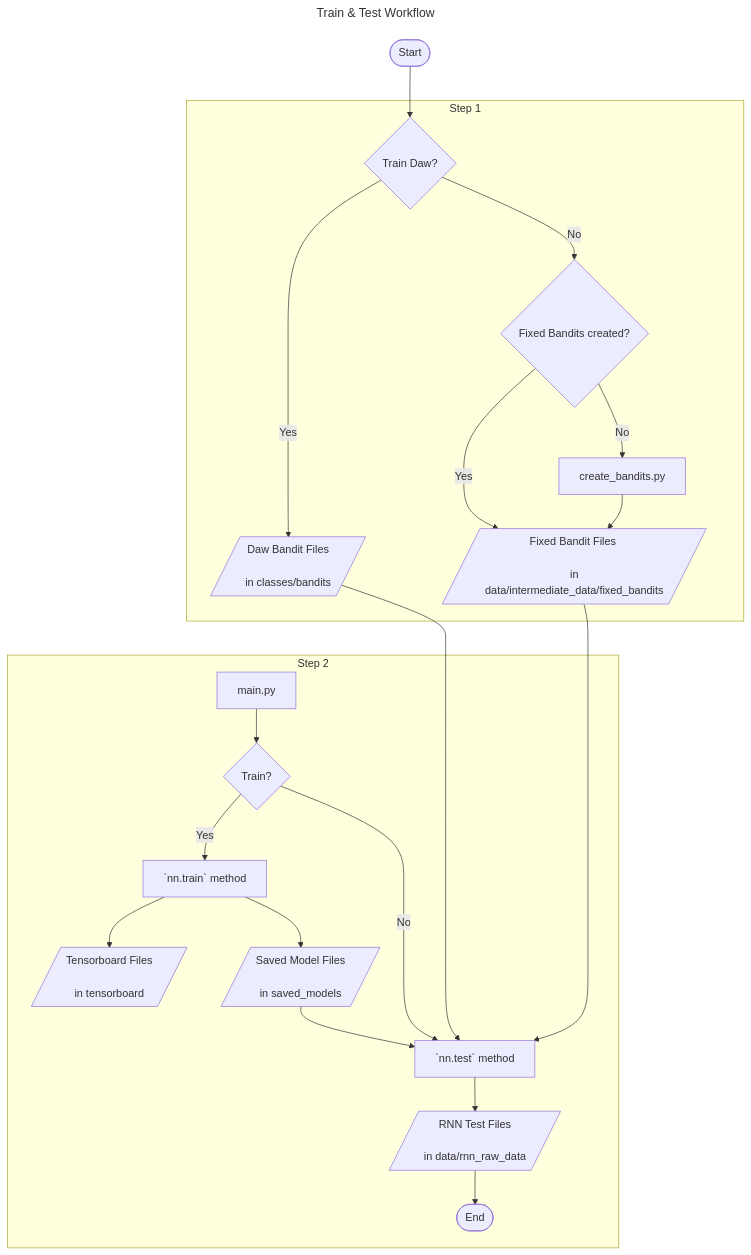
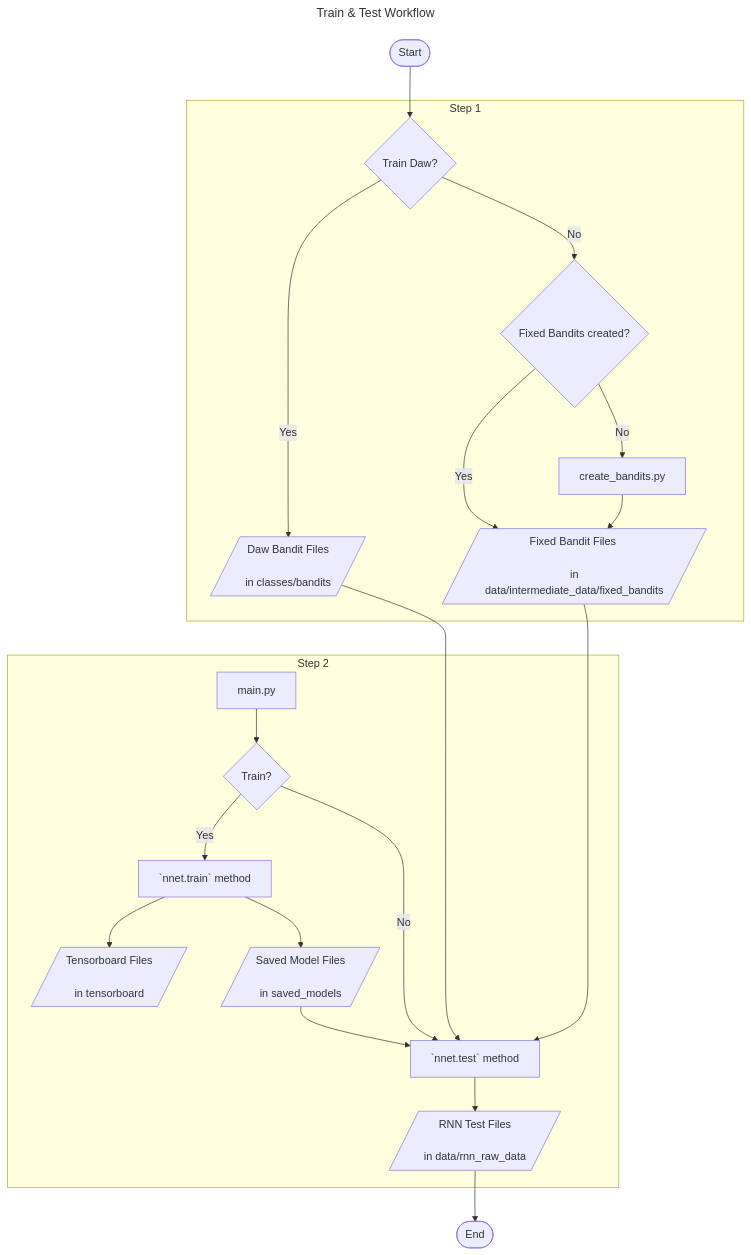
One commit to deniztu/p2_volatility changed the second of 3 diagrams in doc/how_to_guides.md. Above: the diagram before and after it, drawn with Mermaid. The commit also changed other lines of this file and 277 other files, not shown here.

````diff
--- a/doc/how_to_guides.md
+++ b/doc/how_to_guides.md
@@ -3,35 +16,35 @@
 ```mermaid
 ---
 title: Train & Test Workflow
 ---
 flowchart TB
 
 A([Start]) --> B
-
 
 subgraph "Step 1"
 B{Train Daw?} --> |Yes| C[/Daw Bandit Files <br/> <br/> in classes/bandits/]
 B --> |No| D{Fixed Bandits created?}
 D --> |Yes| E[/Fixed Bandit Files <br/> <br/> in data/intermediate_data/fixed_bandits/]
 D --> |No| F[create_bandits.py]
 F --> E
 end
 
 
 
 subgraph "Step 2"
 C ~~~ G[main.py]
 E ~~~ G
 G --> H{Train?}
-H --> |Yes| I[`nn.train` method]
+H --> |Yes| I[`nnet.train` method]
 I --> J[/Tensorboard Files <br/> <br/> in tensorboard /]
 I --> K[/Saved Model Files <br/> <br/> in saved_models /]
-H --> |No| L[`nn.test` method]
+H --> |No| L[`nnet.test` method]
 K --> L
 C --> L
 E --> L 
 L --> M[/RNN Test Files  <br/> <br/> in data/rnn_raw_data /]
-M --> O([End])
 end
 
+M --> O([End])
+
 ```
````
